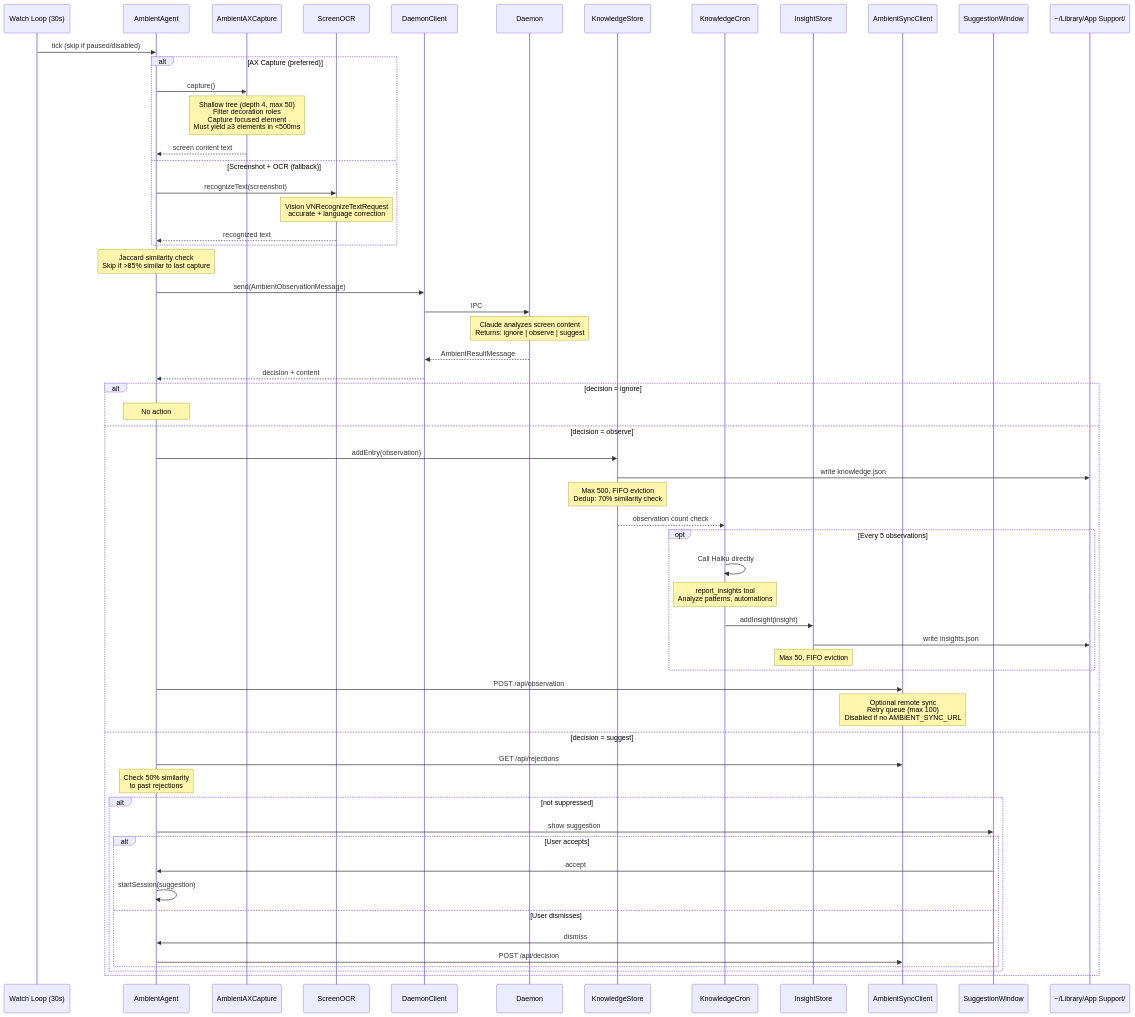
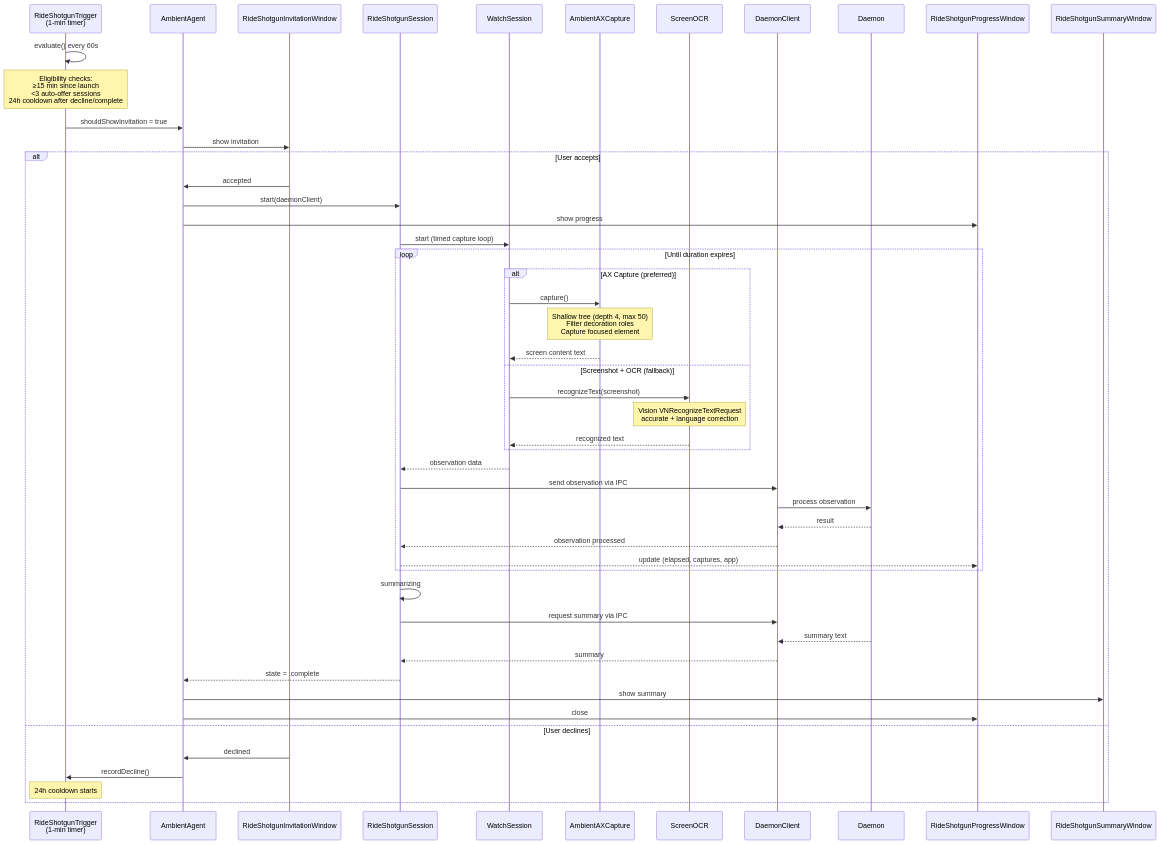
Before and after one commit to vellum-ai/vellum-assistant: the fourth of 24 diagrams in ARCHITECTURE.md, drawn with Mermaid. The commit also changed other lines of this file, not shown here.

Commit message:
docs: update ARCHITECTURE.md to reflect Ride Shotgun replacing legacy ambient components
Remove references to deleted components (KnowledgeCron, InsightStore,
knowledge.json, insights.json) and update the Ambient Agent section to
describe the Ride Shotgun system: RideShotgunTrigger, RideShotgunSession,
and the three floating windows (Invitation, Progress, Summary). Retain
references to still-existing components (KnowledgeStore, WatchSession,
AmbientAXCapture, ScreenOCR, AmbientSyncClient).

````diff
--- a/ARCHITECTURE.md
+++ b/ARCHITECTURE.md
@@ -502,68 +499,59 @@
 ```mermaid
 sequenceDiagram
-    participant Timer as Watch Loop (30s)
+    participant Trigger as RideShotgunTrigger<br/>(1-min timer)
     participant Agent as AmbientAgent
+    participant InviteWin as RideShotgunInvitationWindow
+    participant Session as RideShotgunSession
+    participant WS as WatchSession
     participant AXC as AmbientAXCapture
     participant OCR as ScreenOCR
     participant DC as DaemonClient
     participant Daemon as Daemon
-    participant KS as KnowledgeStore
-    participant KC as KnowledgeCron
-    participant IS as InsightStore
-    participant Sync as AmbientSyncClient
-    participant UI as SuggestionWindow
-    participant FS as ~/Library/App Support/
+    participant ProgressWin as RideShotgunProgressWindow
+    participant SummaryWin as RideShotgunSummaryWindow
 
-    Timer->>Agent: tick (skip if paused/disabled)
+    Trigger->>Trigger: evaluate() every 60s
+    Note over Trigger: Eligibility checks:<br/>≥15 min since launch<br/><3 auto-offer sessions<br/>24h cooldown after decline/complete
 
-    alt AX Capture (preferred)
-        Agent->>AXC: capture()
-        Note over AXC: Shallow tree (depth 4, max 50)<br/>Filter decoration roles<br/>Capture focused element<br/>Must yield ≥3 elements in <500ms
-        AXC-->>Agent: screen content text
-    else Screenshot + OCR (fallback)
-        Agent->>OCR: recognizeText(screenshot)
-        Note over OCR: Vision VNRecognizeTextRequest<br/>accurate + language correction
-        OCR-->>Agent: recognized text
-    end
+    Trigger->>Agent: shouldShowInvitation = true
+    Agent->>InviteWin: show invitation
 
-    Note over Agent: Jaccard similarity check<br/>Skip if >85% similar to last capture
+    alt User accepts
+        InviteWin->>Agent: accepted
+        Agent->>Session: start(daemonClient)
+        Agent->>ProgressWin: show progress
 
-    Agent->>DC: send(AmbientObservationMessage)
-    DC->>Daemon: IPC
-    Note over Daemon: Claude analyzes screen content<br/>Returns: ignore | observe | suggest
-    Daemon-->>DC: AmbientResultMessage
-    DC-->>Agent: decision + content
+        Session->>WS: start (timed capture loop)
 
-    alt decision = ignore
-        Note over Agent: No action
-    else decision = observe
-        Agent->>KS: addEntry(observation)
-        KS->>FS: write knowledge.json
-        Note over KS: Max 500, FIFO eviction<br/>Dedup: 70% similarity check
+        loop Until duration expires
+            alt AX Capture (preferred)
+                WS->>AXC: capture()
+                Note over AXC: Shallow tree (depth 4, max 50)<br/>Filter decoration roles<br/>Capture focused element
+                AXC-->>WS: screen content text
+            else Screenshot + OCR (fallback)
+                WS->>OCR: recognizeText(screenshot)
+                Note over OCR: Vision VNRecognizeTextRequest<br/>accurate + language correction
+                OCR-->>WS: recognized text
+            end
 
-        KS-->>KC: observation count check
-        opt Every 5 observations
-            KC->>KC: Call Haiku directly
-            Note over KC: report_insights tool<br/>Analyze patterns, automations
-            KC->>IS: addInsight(insight)
-            IS->>FS: write insights.json
-            Note over IS: Max 50, FIFO eviction
+            WS-->>Session: observation data
+            Session->>DC: send observation via IPC
+            DC->>Daemon: process observation
+            Daemon-->>DC: result
+            DC-->>Session: observation processed
+            Session-->>ProgressWin: update (elapsed, captures, app)
         end
 
-        Agent->>Sync: POST /api/observation
-        Note over Sync: Optional remote sync<br/>Retry queue (max 100)<br/>Disabled if no AMBIENT_SYNC_URL
-    else decision = suggest
-        Agent->>Sync: GET /api/rejections
-        Note over Agent: Check 50% similarity<br/>to past rejections
-        alt not suppressed
-            Agent->>UI: show suggestion
-            alt User accepts
-                UI->>Agent: accept
-                Agent->>Agent: startSession(suggestion)
-            else User dismisses
-                UI->>Agent: dismiss
-                Agent->>Sync: POST /api/decision
-            end
-        end
+        Session->>Session: summarizing
+        Session->>DC: request summary via IPC
+        Daemon-->>DC: summary text
+        DC-->>Session: summary
+        Session-->>Agent: state = .complete
+        Agent->>SummaryWin: show summary
+        Agent->>ProgressWin: close
+    else User declines
+        InviteWin->>Agent: declined
+        Agent->>Trigger: recordDecline()
+        Note over Trigger: 24h cooldown starts
     end
 ```
````
